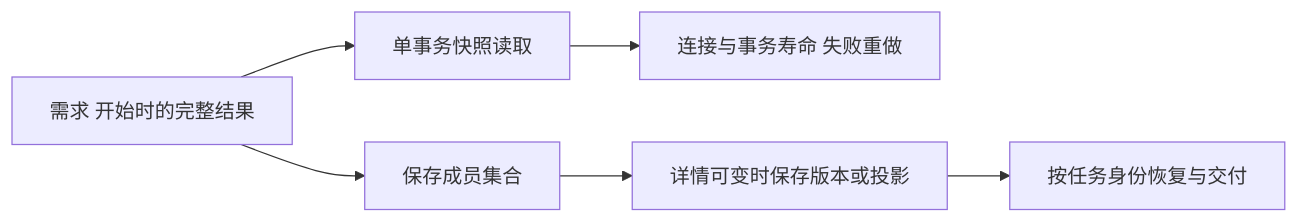
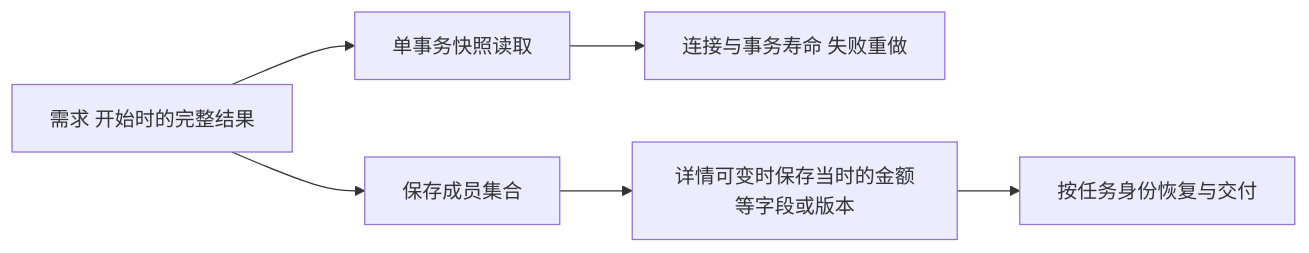
Before and after one commit to SamChowRock/EPP-Book: the diagram in part-04-consistency/chapter-29-pagination/side-01-snapshots-and-calendar.md, drawn with Mermaid. The commit also changed other lines of this file and 2 other files, not shown here.

````diff
--- a/part-04-consistency/chapter-29-pagination/side-01-snapshots-and-calendar.md
+++ b/part-04-consistency/chapter-29-pagination/side-01-snapshots-and-calendar.md
@@ -15,8 +17,8 @@
 ```mermaid
 flowchart LR
   R[需求 开始时的完整结果] --> A[单事务快照读取]
   R --> B[保存成员集合]
   A --> C[连接与事务寿命 失败重做]
-  B --> D[详情可变时保存版本或投影]
+  B --> D[详情可变时保存当时的金额等字段或版本]
   D --> E[按任务身份恢复与交付]
 ```
````
